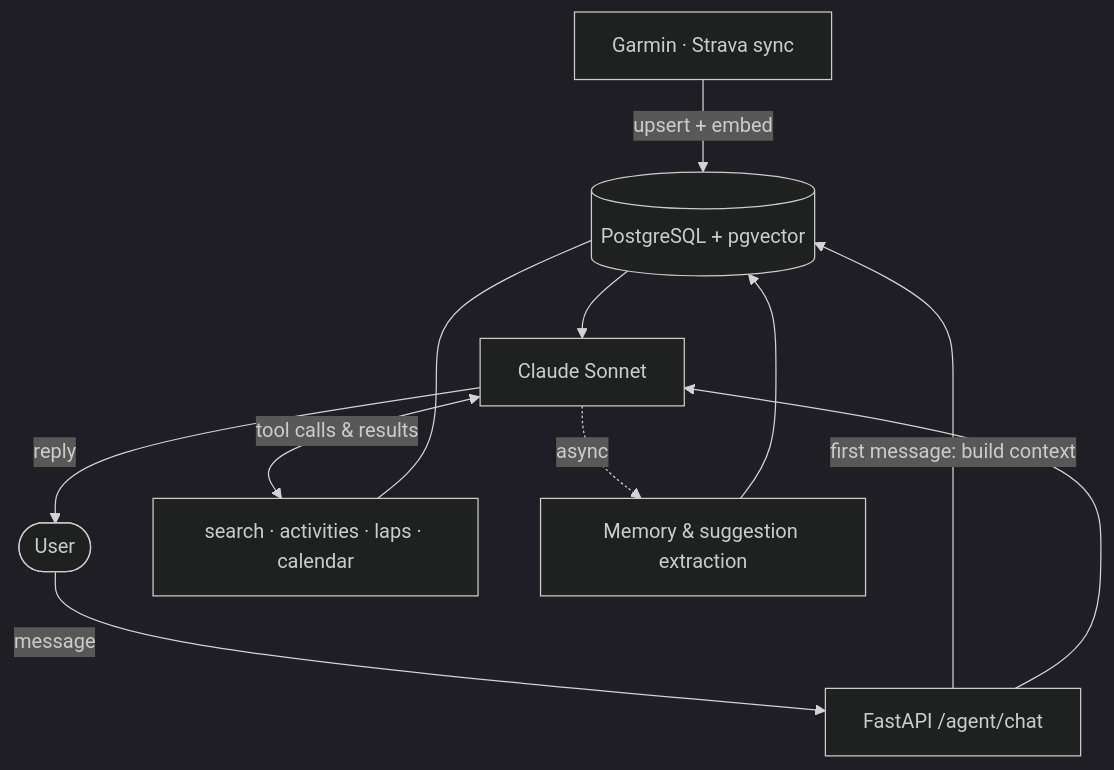
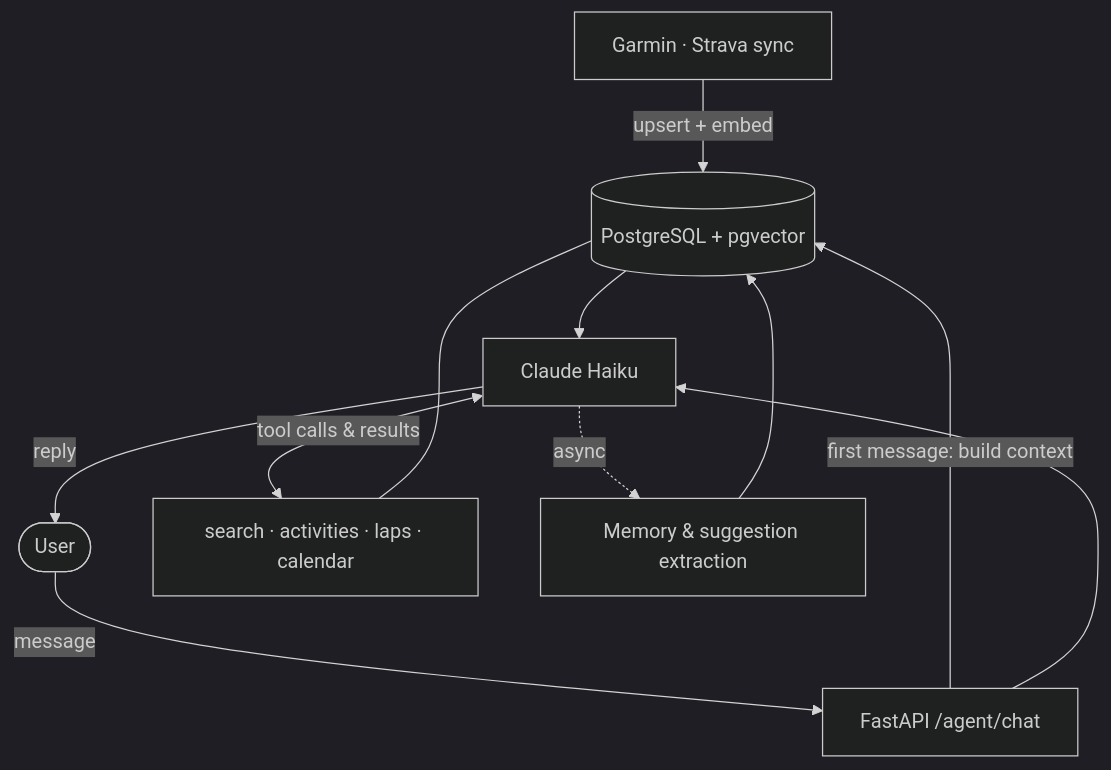
One commit to goncalopereira13k/Claudius changed the first of 3 diagrams in README.md. Above: the diagram before and after it, drawn with Mermaid (dark theme). The commit also changed other lines of this file, not shown here.

````diff
--- a/README.md
+++ b/README.md
@@ -41,13 +41,13 @@
 ```mermaid
 flowchart TD
     Sync[Garmin · Strava sync] -->|upsert + embed| DB[(PostgreSQL + pgvector)]
     U([User]) -->|message| Chat[FastAPI /agent/chat]
     Chat -->|first message: build context| DB
-    DB --> Claude[Claude Sonnet]
+    DB --> Claude[Claude Haiku]
     Chat --> Claude
     Claude <-->|tool calls & results| Tools[search · activities · laps · calendar]
     Tools --- DB
     Claude -->|reply| U
     Claude -.->|async| BG[Memory & suggestion extraction]
     BG --> DB
 ```
````
